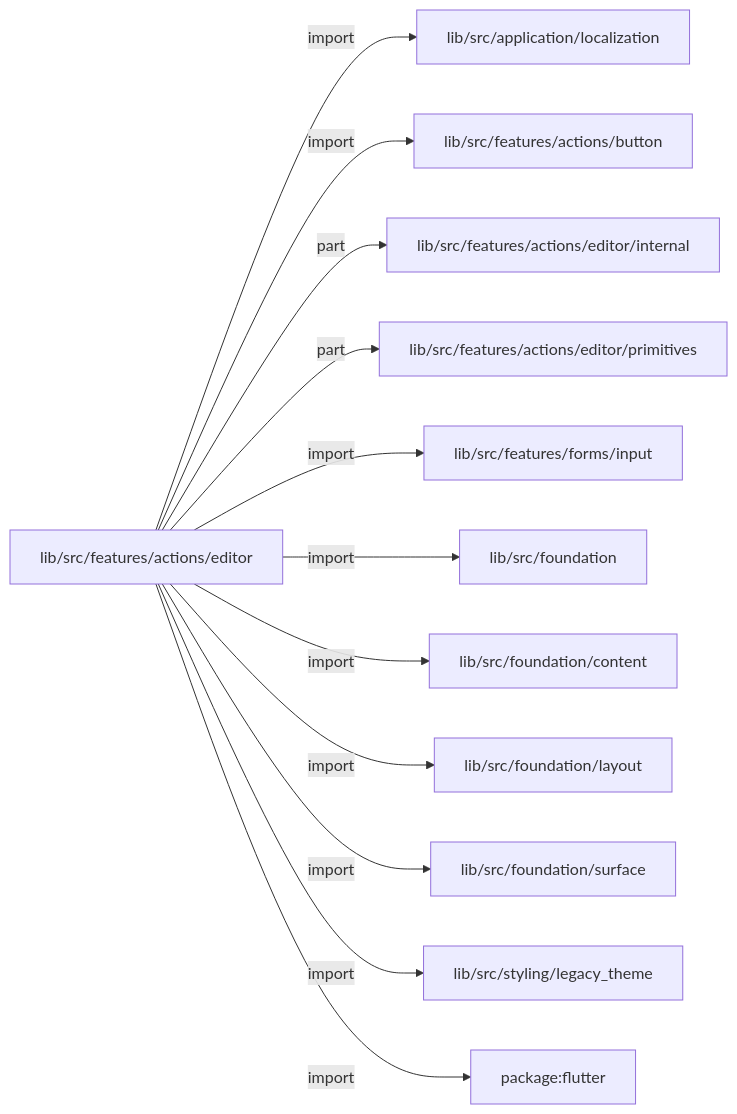
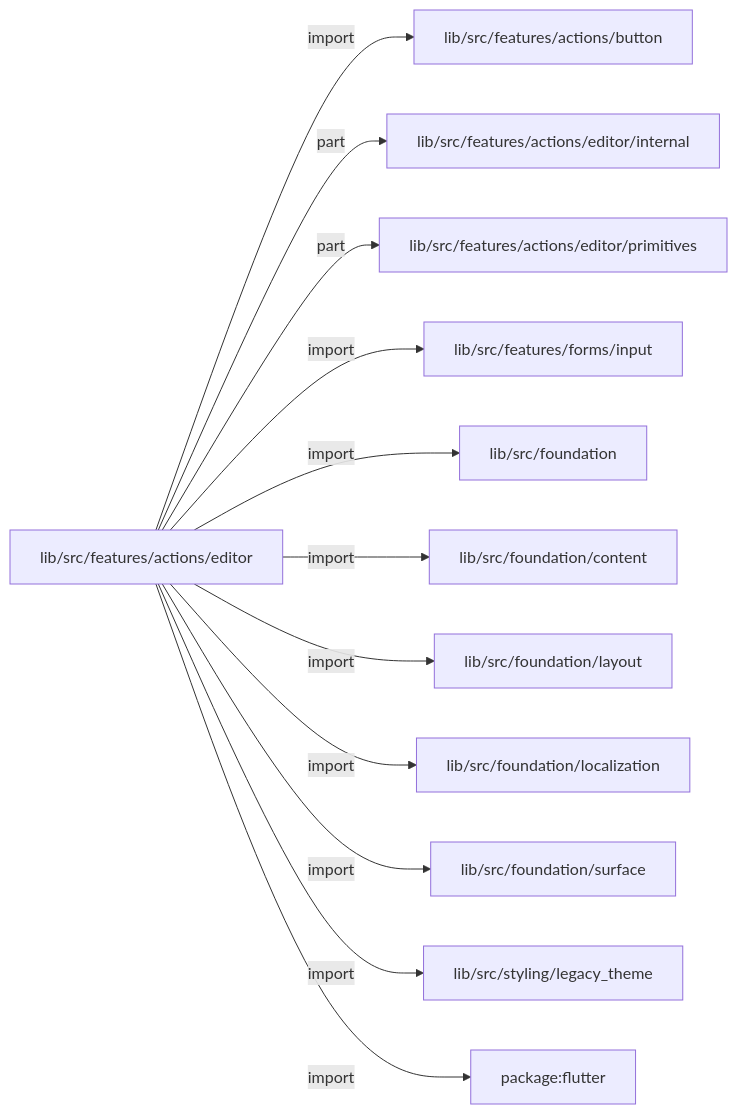
Before and after one commit to MiuDog/Kallopis: the first of 2 diagrams in docs/architecture/src/features/actions/editor/README.md, drawn with Mermaid. The commit also changed other lines of this file and 9688 other files, not shown here.

Commit message:
Prepare isolated Flow F2 peer baseline

````diff
--- a/docs/architecture/src/features/actions/editor/README.md
+++ b/docs/architecture/src/features/actions/editor/README.md
@@ -13,26 +13,26 @@
 ```mermaid
 flowchart LR
 	n0["lib/src/features/actions/editor"]
-	n1["lib/src/application/localization"]
-	n2["lib/src/features/actions/button"]
-	n3["lib/src/features/actions/editor/internal"]
-	n4["lib/src/features/actions/editor/primitives"]
-	n5["lib/src/features/forms/input"]
-	n6["lib/src/foundation"]
-	n7["lib/src/foundation/content"]
-	n8["lib/src/foundation/layout"]
+	n1["lib/src/features/actions/button"]
+	n2["lib/src/features/actions/editor/internal"]
+	n3["lib/src/features/actions/editor/primitives"]
+	n4["lib/src/features/forms/input"]
+	n5["lib/src/foundation"]
+	n6["lib/src/foundation/content"]
+	n7["lib/src/foundation/layout"]
+	n8["lib/src/foundation/localization"]
 	n9["lib/src/foundation/surface"]
 	n10["lib/src/styling/legacy_theme"]
 	n11["package:flutter"]
 	n0 -->|"import"| n1
-	n0 -->|"import"| n2
+	n0 -->|"part"| n2
 	n0 -->|"part"| n3
-	n0 -->|"part"| n4
+	n0 -->|"import"| n4
 	n0 -->|"import"| n5
 	n0 -->|"import"| n6
 	n0 -->|"import"| n7
 	n0 -->|"import"| n8
 	n0 -->|"import"| n9
 	n0 -->|"import"| n10
 	n0 -->|"import"| n11
 ```
````
